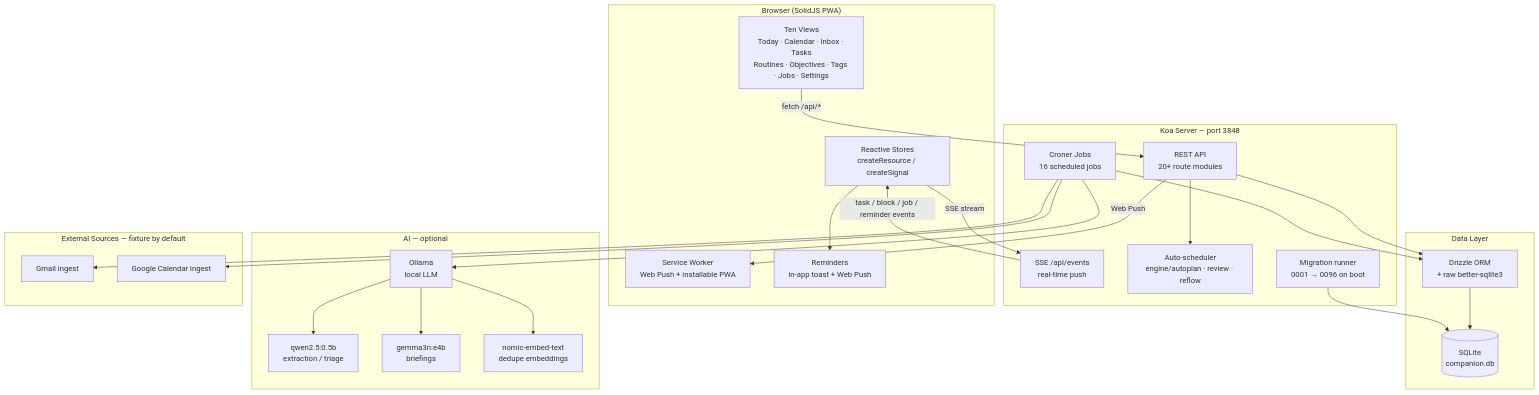
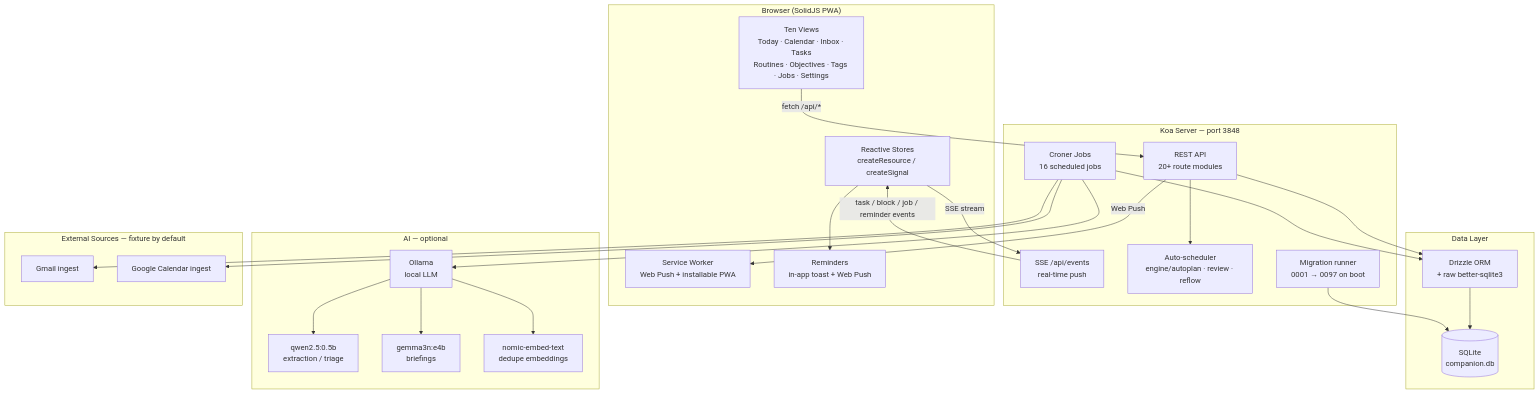
Before and after one commit to companionintelligence/CI-Planning: the diagram in README.md, drawn with Mermaid. The commit also changed other lines of this file and 20 other files, not shown here.

````diff
--- a/README.md
+++ b/README.md
@@ -30,51 +30,51 @@
 ```mermaid
 graph TB
     subgraph Browser["Browser (SolidJS PWA)"]
         UI[Ten Views<br/>Today · Calendar · Inbox · Tasks<br/>Routines · Objectives · Tags · Jobs · Settings]
         Store[Reactive Stores<br/>createResource / createSignal]
         SW[Service Worker<br/>Web Push + installable PWA]
         BN[Reminders<br/>in-app toast + Web Push]
     end
 
     subgraph Server["Koa Server — port 3848"]
         API[REST API<br/>20+ route modules]
         SSE[SSE /api/events<br/>real-time push]
         Engine[Auto-scheduler<br/>engine/autoplan · review · reflow]
         Cron[Croner Jobs<br/>16 scheduled jobs]
-        Migrate[Migration runner<br/>0001 → 0096 on boot]
+        Migrate[Migration runner<br/>0001 → 0097 on boot]
     end
 
     subgraph Data["Data Layer"]
         DB[(SQLite<br/>companion.db)]
         Drizzle[Drizzle ORM<br/>+ raw better-sqlite3]
     end
 
     subgraph AI["AI — optional"]
         Ollama[Ollama<br/>local LLM]
         Small["qwen2.5:0.5b<br/>extraction / triage"]
         Medium["gemma3n:e4b<br/>briefings"]
         Embed["nomic-embed-text<br/>dedupe embeddings"]
     end
 
     subgraph Sources["External Sources — fixture by default"]
         Gmail[Gmail ingest]
         GCal[Google Calendar ingest]
     end
 
     UI -->|"fetch /api/*"| API
     Store -->|SSE stream| SSE
     API --> Engine
     API --> Drizzle
     Cron --> Drizzle
     Cron --> Ollama
     Cron --> Gmail
     Cron --> GCal
     Drizzle --> DB
     Migrate --> DB
     Ollama --> Small
     Ollama --> Medium
     Ollama --> Embed
     SSE -->|task / block / job / reminder events| Store
     Store --> BN
     API -->|Web Push| SW
 ```
````
